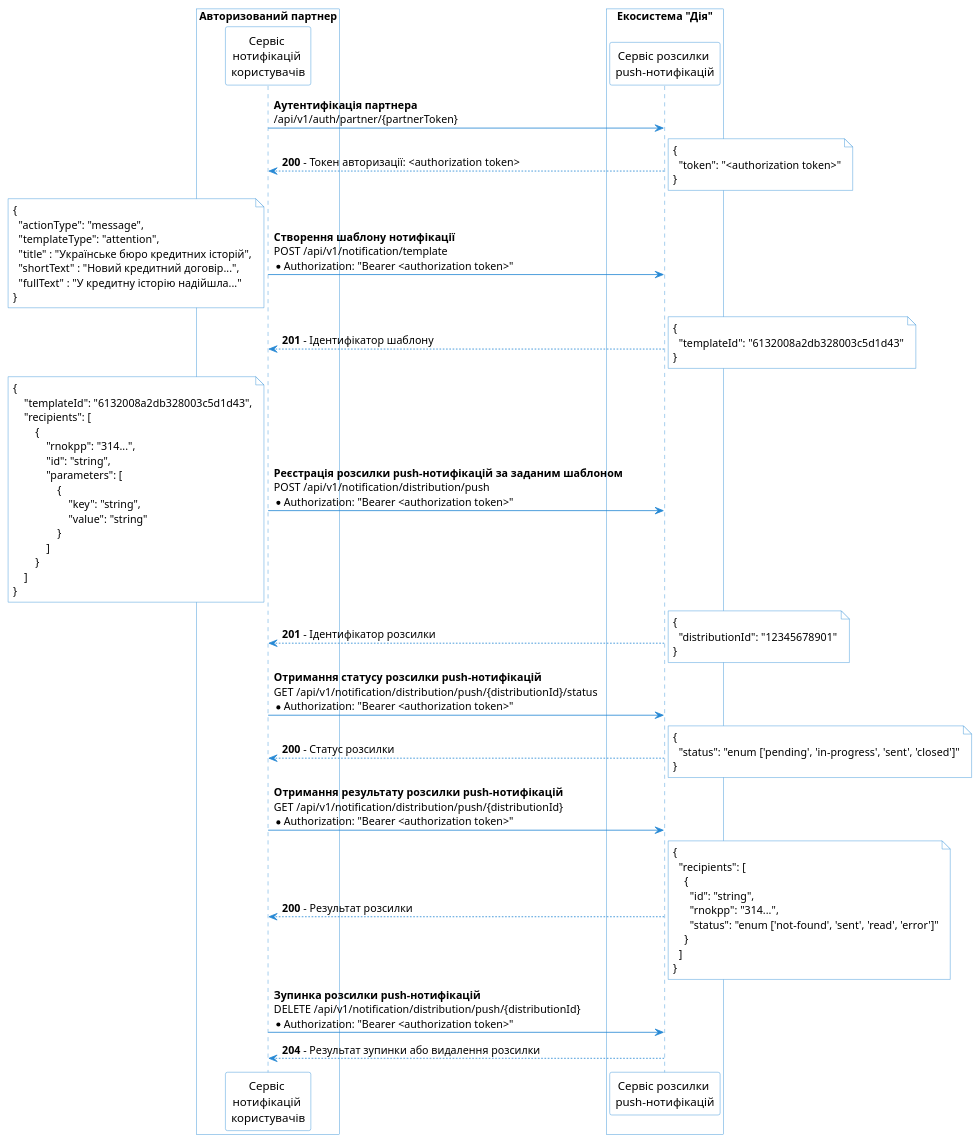
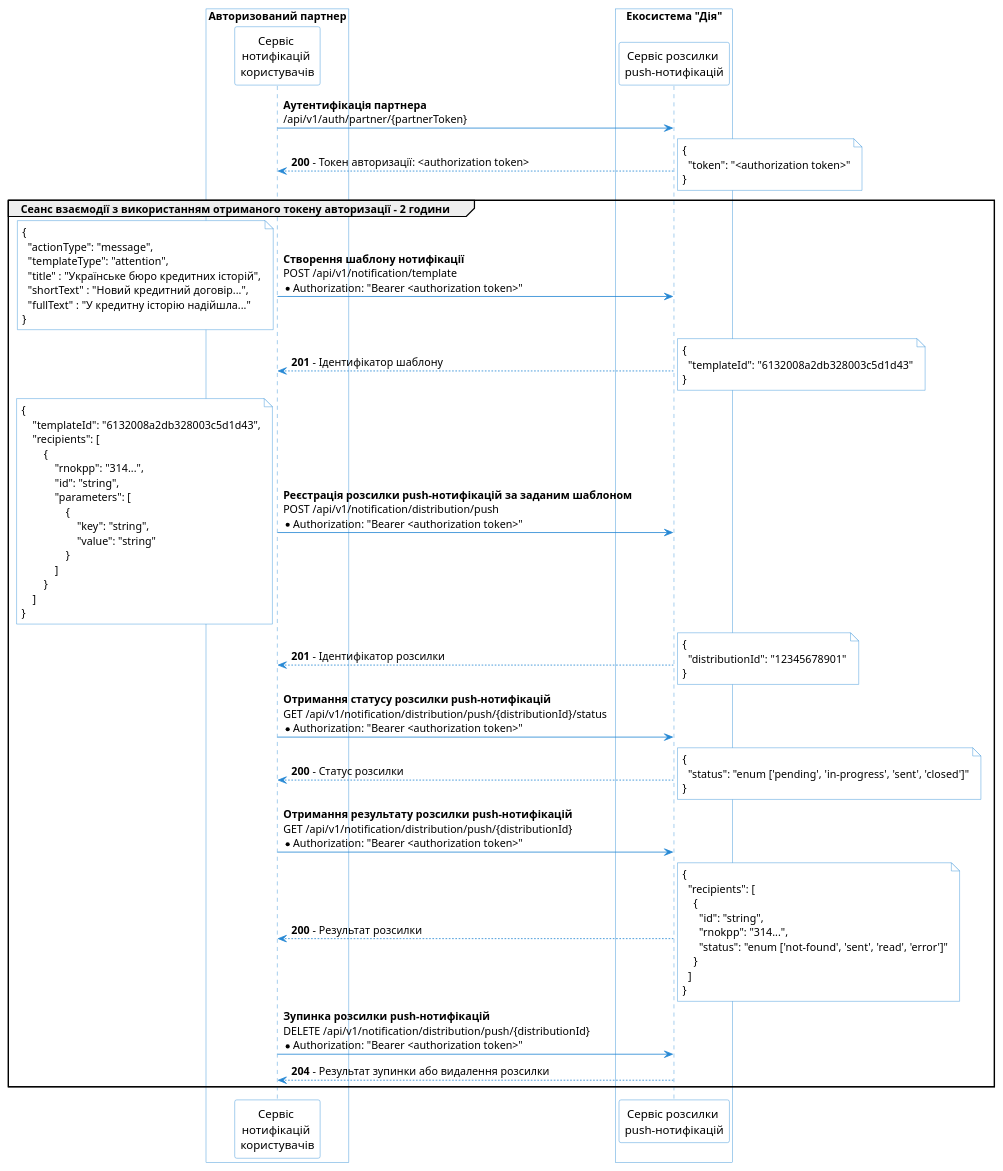
Before and after one commit to epam/edp-ddm-architecture: the diagram in modules/tech/partials/lowcode/notifications/diia-push-notification-flow.puml, drawn with PlantUML. The commit also changed 1 other file, not shown here.

Commit message:
[MDTUDDM-4740] Sending push-notifications to Diia mobile

```diff
--- a/modules/tech/partials/lowcode/notifications/diia-push-notification-flow.puml
+++ b/modules/tech/partials/lowcode/notifications/diia-push-notification-flow.puml
@@ -1,109 +1,110 @@
 @startuml
 skinparam shadowing false
 skinparam DatabaseBackgroundColor white
 skinparam DatabaseBorderColor #2688d4
 skinparam QueueBackgroundColor white
 skinparam QueueBorderColor #2688d4
 skinparam NoteBackgroundColor white
 skinparam NoteBorderColor #2688d4
 skinparam ActorBackgroundColor white
 skinparam ControlBackgroundColor white
 skinparam ControlBorderColor #2688d4
 skinparam sequence {
     ArrowColor #2688d4
     ActorBorderColor #2688d4
     LifeLineBorderColor #2688d4
     ParticipantBorderColor #2688d4
     ParticipantBackgroundColor white
     BoxBorderColor #2688d4
     BoxBackgroundColor white
 }
 
 box Авторизований партнер
 participant "Сервіс \nнотифікацій \nкористувачів" as notification_service
 end box
 
 box Екосистема "Дія"
   participant "Сервіс розсилки \npush-нотифікацій" as diia_notification_service
 end box
 
 notification_service -> diia_notification_service: **Аутентифікація партнера** \n/api/v1/auth/partner/{partnerToken}
 diia_notification_service --> notification_service: **200** - Токен авторизації: <authorization token>
 note right
 {
   "token": "<authorization token>"
 }
 end note
 
-notification_service -> diia_notification_service: **Створення шаблону нотифікації** \nPOST /api/v1/notification/template \n*Authorization: "Bearer <authorization token>"
-note left
-{
-  "actionType": "message",
-  "templateType": "attention",
-  "title" : "Українське бюро кредитних історій",
-  "shortText" : "Новий кредитний договір...",
-  "fullText" : "У кредитну історію надійшла..."
-}
-end note
+group Сеанс взаємодії з використанням отриманого токену авторизації - 2 години
+  notification_service -> diia_notification_service: **Створення шаблону нотифікації** \nPOST /api/v1/notification/template \n*Authorization: "Bearer <authorization token>"
+  note left
+  {
+    "actionType": "message",
+    "templateType": "attention",
+    "title" : "Українське бюро кредитних історій",
+    "shortText" : "Новий кредитний договір...",
+    "fullText" : "У кредитну історію надійшла..."
+  }
+  end note
 
-diia_notification_service --> notification_service: **201** - Ідентифікатор шаблону
-note right
-{
-  "templateId": "6132008a2db328003c5d1d43"
-}
-end note
+  diia_notification_service --> notification_service: **201** - Ідентифікатор шаблону
+  note right
+  {
+    "templateId": "6132008a2db328003c5d1d43"
+  }
+  end note
 
-notification_service -> diia_notification_service: **Реєстрація розсилки push-нотифікацій за заданим шаблоном** \nPOST /api/v1/notification/distribution/push \n*Authorization: "Bearer <authorization token>"
-note left
-{
-    "templateId": "6132008a2db328003c5d1d43",
+  notification_service -> diia_notification_service: **Реєстрація розсилки push-нотифікацій за заданим шаблоном** \nPOST /api/v1/notification/distribution/push \n*Authorization: "Bearer <authorization token>"
+  note left
+  {
+      "templateId": "6132008a2db328003c5d1d43",
+      "recipients": [
+          {
+              "rnokpp": "314...",
+              "id": "string",
+              "parameters": [
+                  {
+                      "key": "string",
+                      "value": "string"
+                  }
+              ]
+          }
+      ]
+  }
+  end note
+
+  diia_notification_service --> notification_service: **201** - Ідентифікатор розсилки
+  note right
+  {
+    "distributionId": "12345678901"
+  }
+  end note
+
+  notification_service -> diia_notification_service: **Отримання статусу розсилки push-нотифікацій** \nGET /api/v1/notification/distribution/push/{distributionId}/status \n*Authorization: "Bearer <authorization token>"
+
+  diia_notification_service --> notification_service: **200** - Статус розсилки
+  note right
+  {
+    "status": "enum ['pending', 'in-progress', 'sent', 'closed']"
+  }
+  end note
+
+  notification_service -> diia_notification_service: **Отримання результату розсилки push-нотифікацій** \nGET /api/v1/notification/distribution/push/{distributionId} \n*Authorization: "Bearer <authorization token>"
+
+  diia_notification_service --> notification_service: **200** - Результат розсилки
+  note right
+  {
     "recipients": [
-        {
-            "rnokpp": "314...",
-            "id": "string",
-            "parameters": [
-                {
-                    "key": "string",
-                    "value": "string"
-                }
-            ]
-        }
+      {
+        "id": "string",
+        "rnokpp": "314...",
+        "status": "enum ['not-found', 'sent', 'read', 'error']"
+      }
     ]
-}
-end note
+  }
+  end note
 
-diia_notification_service --> notification_service: **201** - Ідентифікатор розсилки
-note right
-{
-  "distributionId": "12345678901"
-}
-end note
-
-notification_service -> diia_notification_service: **Отримання статусу розсилки push-нотифікацій** \nGET /api/v1/notification/distribution/push/{distributionId}/status \n*Authorization: "Bearer <authorization token>"
-
-diia_notification_service --> notification_service: **200** - Статус розсилки
-note right
-{
-  "status": "enum ['pending', 'in-progress', 'sent', 'closed']"
-}
-end note
-
-notification_service -> diia_notification_service: **Отримання результату розсилки push-нотифікацій** \nGET /api/v1/notification/distribution/push/{distributionId} \n*Authorization: "Bearer <authorization token>"
-
-diia_notification_service --> notification_service: **200** - Результат розсилки
-note right
-{
-  "recipients": [
-    {
-      "id": "string",
-      "rnokpp": "314...",
-      "status": "enum ['not-found', 'sent', 'read', 'error']"
-    }
-  ]
-}
-end note
-
-notification_service -> diia_notification_service: **Зупинка розсилки push-нотифікацій** \nDELETE /api/v1/notification/distribution/push/{distributionId} \n*Authorization: "Bearer <authorization token>"
-diia_notification_service --> notification_service: **204** - Результат зупинки або видалення розсилки
-
+  notification_service -> diia_notification_service: **Зупинка розсилки push-нотифікацій** \nDELETE /api/v1/notification/distribution/push/{distributionId} \n*Authorization: "Bearer <authorization token>"
+  diia_notification_service --> notification_service: **204** - Результат зупинки або видалення розсилки
+end
 @enduml
```
